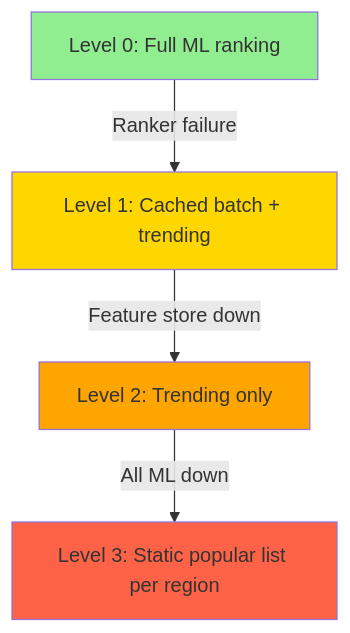
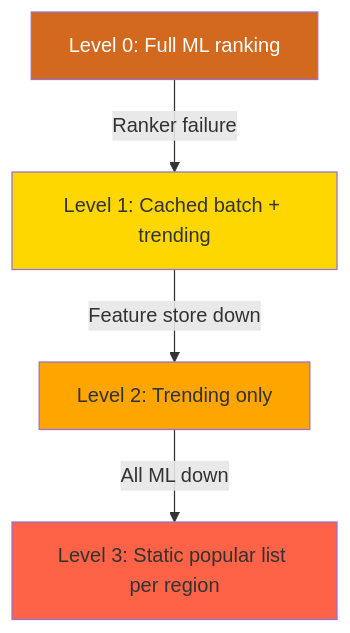
Diagram 19 of 22 in 01-social-feeds/02-design-tiktok.md (billywr/system-design), drawn with Mermaid before and after one commit. The commit also changed other lines of this file and 39 other files, not shown here.

````diff
--- a/01-social-feeds/02-design-tiktok.md
+++ b/01-social-feeds/02-design-tiktok.md
@@ -1250,12 +1251,12 @@
 ```mermaid
 graph TD
     L0[Level 0: Full ML ranking] -->|Ranker failure| L1
     L1[Level 1: Cached batch + trending] -->|Feature store down| L2
     L2[Level 2: Trending only] -->|All ML down| L3
     L3[Level 3: Static popular list per region]
 
-    style L0 fill:#90EE90
+    style L0 fill:#D2691E,color:#ffffff
     style L1 fill:#FFD700
     style L2 fill:#FFA500
     style L3 fill:#FF6347
 ```
````
